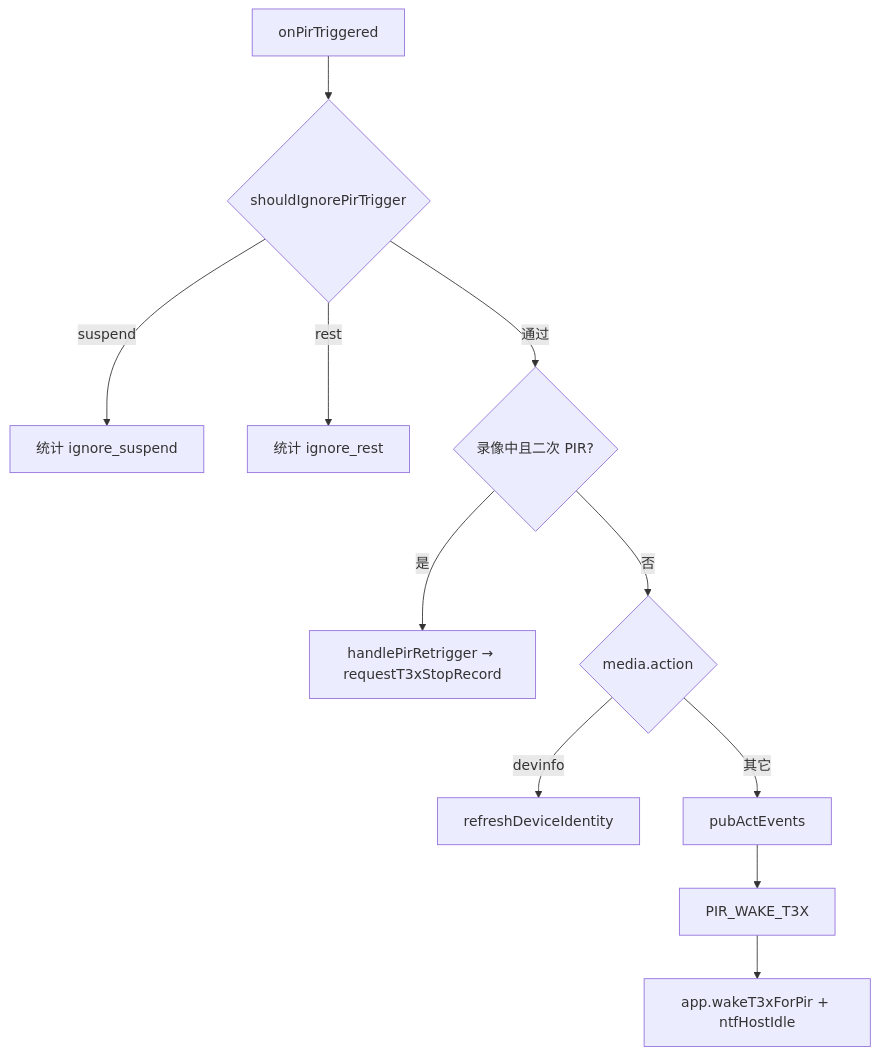
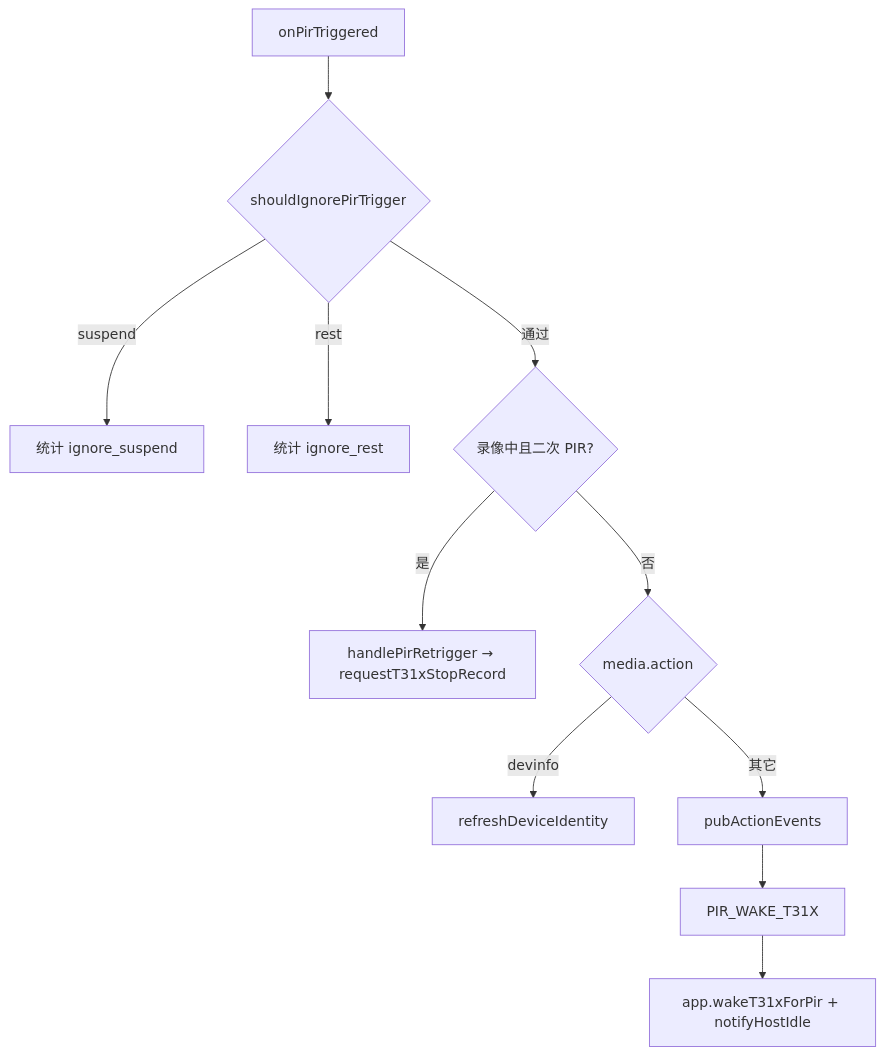
The second of 2 diagrams in doc/modules/PIR_CTRL_FLOW.md (dzr1986/AIR780EHM), drawn with Mermaid before and after one commit. The commit also changed other lines of this file and 402 other files, not shown here.

````diff
--- a/doc/modules/PIR_CTRL_FLOW.md
+++ b/doc/modules/PIR_CTRL_FLOW.md
@@ -39,13 +39,13 @@
 ```mermaid
 flowchart TD
     T[onPirTriggered] --> IGN{shouldIgnorePirTrigger}
     IGN -->|suspend| END1[统计 ignore_suspend]
     IGN -->|rest| END2[统计 ignore_rest]
     IGN -->|通过| RET{录像中且二次 PIR?}
-    RET -->|是| STOP[handlePirRetrigger → requestT3xStopRecord]
+    RET -->|是| STOP[handlePirRetrigger → requestT31xStopRecord]
     RET -->|否| ACT{media.action}
     ACT -->|devinfo| DEV[refreshDeviceIdentity]
-    ACT -->|其它| PUB[pubActEvents]
-    PUB --> WAKE[PIR_WAKE_T3X]
-    WAKE --> APP[app.wakeT3xForPir + ntfHostIdle]
+    ACT -->|其它| PUB[pubActionEvents]
+    PUB --> WAKE[PIR_WAKE_T31X]
+    WAKE --> APP[app.wakeT31xForPir + notifyHostIdle]
 ```
````
